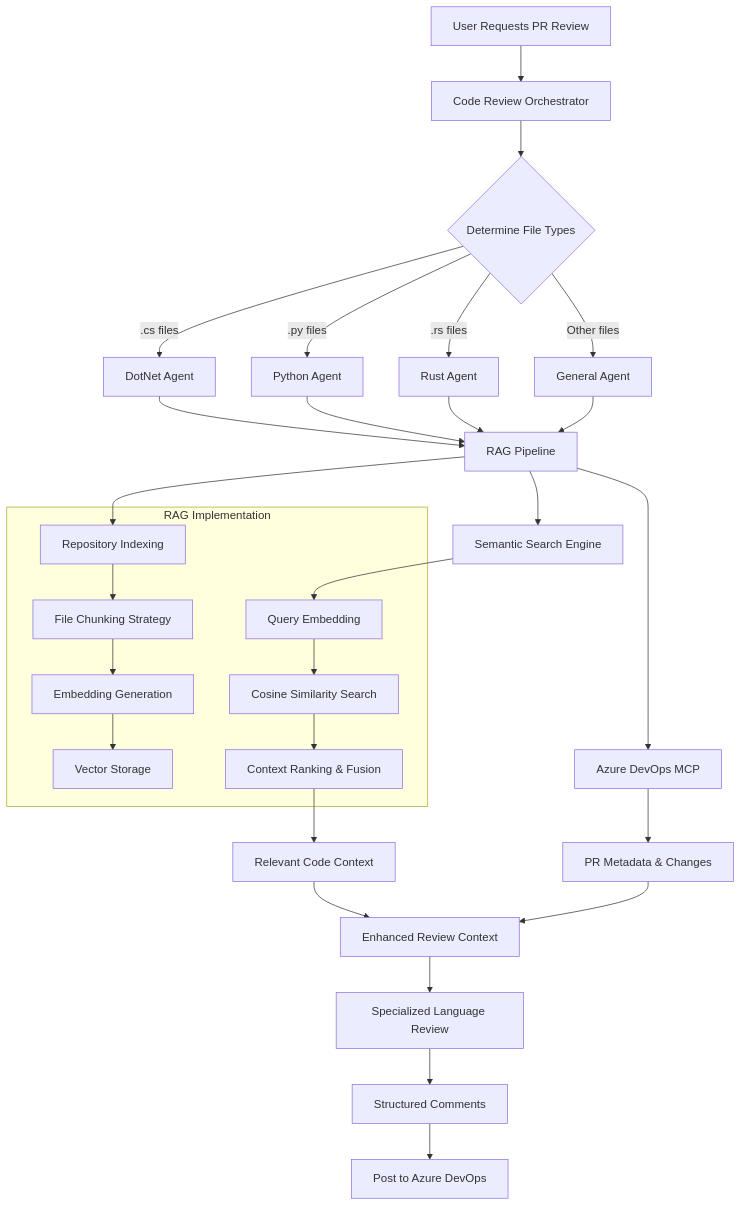
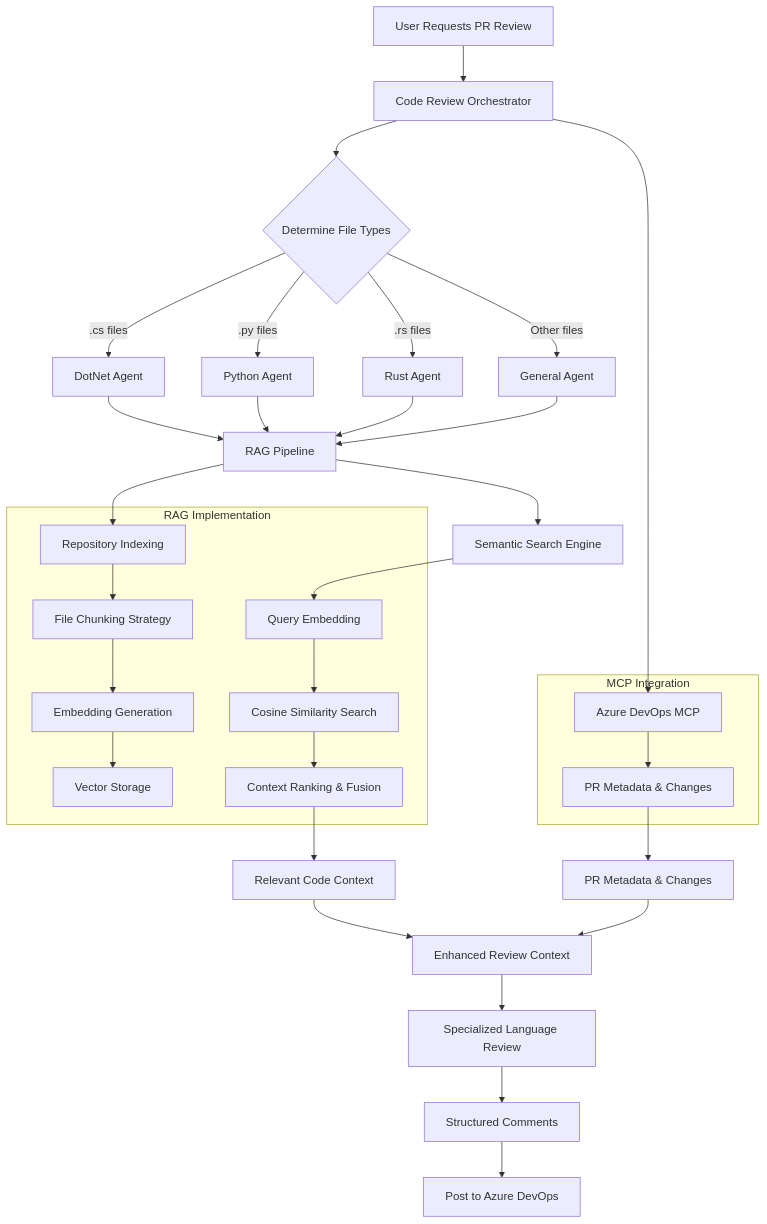
The first of 3 diagrams in mediumarticle-buildingAIAgent.md (elaexplorer/AICodeReviewAgent), drawn with Mermaid before and after one commit. The commit also changed other lines of this file and 1 other file, not shown here.

Commit message:
Update architecture diagrams and ignore local review artifacts

````diff
--- a/mediumarticle-buildingAIAgent.md
+++ b/mediumarticle-buildingAIAgent.md
@@ -66,47 +66,53 @@
 ```mermaid
 flowchart TD
     A[User Requests PR Review] --> B[Code Review Orchestrator]
     B --> C{Determine File Types}
     
     C -->|.cs files| D[DotNet Agent]
     C -->|.py files| E[Python Agent] 
     C -->|.rs files| F[Rust Agent]
     C -->|Other files| G[General Agent]
     
     D --> H[RAG Pipeline]
     E --> H
     F --> H
     G --> H
     
     H --> H1[Repository Indexing]
     H1 --> H2[File Chunking Strategy]
     H2 --> H3[Embedding Generation]
     H3 --> H4[Vector Storage]
     
     H --> I[Semantic Search Engine]
     I --> I1[Query Embedding]
     I1 --> I2[Cosine Similarity Search]
     I2 --> I3[Context Ranking & Fusion]
     
-    H --> J[Azure DevOps MCP]
+    B --> J[Azure DevOps MCP]
+    J --> J1[PR Metadata & Changes]
     
     I3 --> K[Relevant Code Context]
-    J --> L[PR Metadata & Changes]
+    J1 --> L[PR Metadata & Changes]
     
     K --> M[Enhanced Review Context]
     L --> M
     
     M --> N[Specialized Language Review]
     N --> O[Structured Comments]
     O --> P[Post to Azure DevOps]
     
     subgraph RAG Implementation
         H1
         H2  
         H3
         H4
         I1
         I2
         I3
     end
+
+    subgraph MCP Integration
+        J
+        J1
+    end
 ```
````
